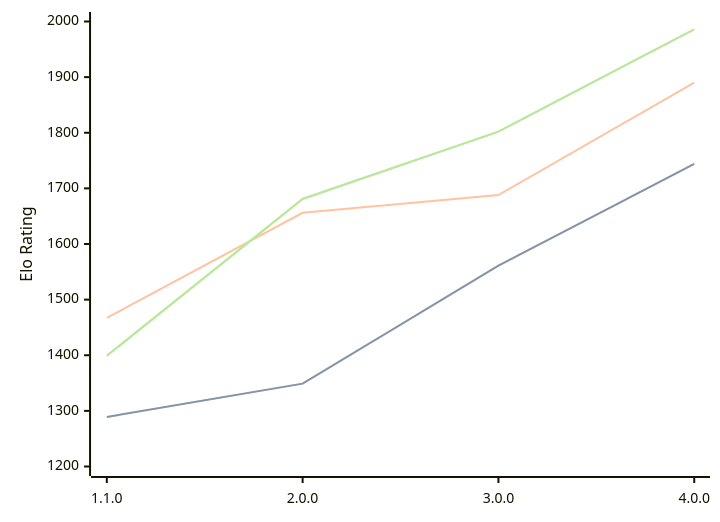
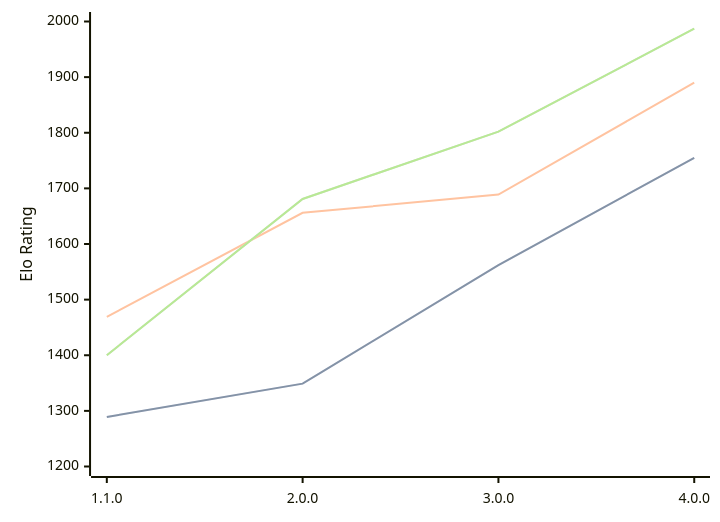
One commit to computer-chess-index/cci changed the diagram in engines/Laura.md. Above: the diagram before and after it, drawn with Mermaid. The commit also changed other lines of this file, not shown here.

Commit message:
Update CCI Ratings (ELO VLTC) - 2026-08-01

````diff
--- a/engines/Laura.md
+++ b/engines/Laura.md
@@ -35,11 +35,11 @@
 ```mermaid
 %%{init: {"theme":"base","themeVariables":{"seriesColors:['#a3a3a3','#222221','#faa371']}}}%%
 xychart-beta
   x-axis ["1.1.0", "2.0.0", "3.0.0", "4.0.0"]
   y-axis "Elo Rating" 1200 --> 2000
-  line "STC (8.0+0.08s)" [1289, 1349, 1561, 1744]
-  line "STC (8.0+0.08s)" [1289, 1349, 1561, 1744]
-  line "LTC (60.0+0.60s)" [1467, 1656, 1688, 1890]
-  line "VLTC (2m24s+1.12s)" [1399, 1681, 1802, 1986]
-  line "VLTC (2m24s+1.12s)" [1399, 1681, 1802, 1986]
+  line "STC (8.0+0.08s)" [1289, 1349, 1562, 1755]
+  line "STC (8.0+0.08s)" [1289, 1349, 1562, 1755]
+  line "LTC (60.0+0.60s)" [1469, 1656, 1689, 1890]
+  line "VLTC (2m24s+1.12s)" [1400, 1681, 1802, 1987]
+  line "VLTC (2m24s+1.12s)" [1400, 1681, 1802, 1987]
 ```
````
